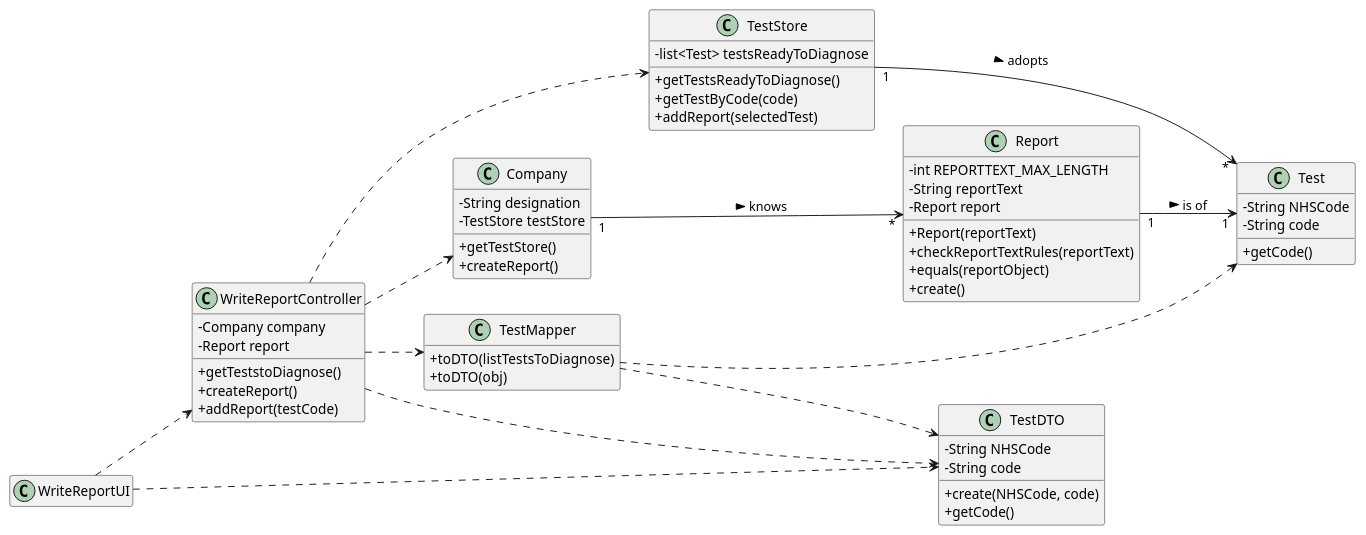
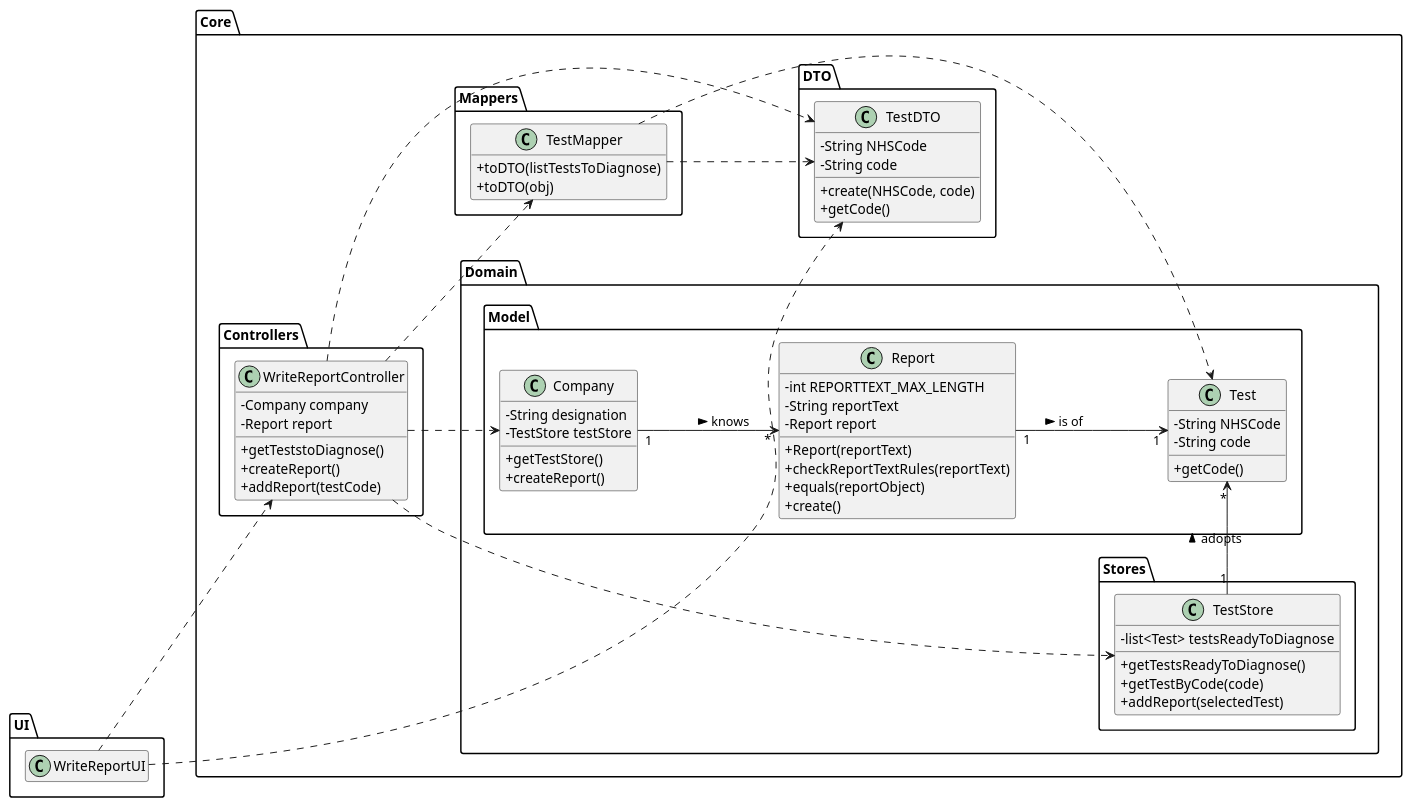
Before and after one commit to ana-albergaria/LAPR2-ISEP: the diagram in docs/SprintC/US_14/US14_CD.puml, drawn with PlantUML. The commit also changed 1 other file, not shown here.

```diff
--- a/docs/SprintC/US_14/US14_CD.puml
+++ b/docs/SprintC/US_14/US14_CD.puml
@@ -1,72 +1,104 @@
 @startuml
 hide empty methods
 hide empty attributes
 left to right direction
 skinparam classAttributeIconSize 0
+
+package Core {
+
+package Domain {
+
+package Model {
+
+class Company {
+    -String designation
+    -TestStore testStore
+    +getTestStore()
+    +createReport()
+}
 
 class Report {
     - int REPORTTEXT_MAX_LENGTH
     - String reportText
     - Report report
     + Report(reportText)
     + checkReportTextRules(reportText)
     + equals(reportObject)
     + create()
 }
 
+class Test {
+    -String NHSCode
+    -String code
+    +getCode()
+}
+
+}
+
+package Stores {
+
 class TestStore {
     -list<Test> testsReadyToDiagnose
     +getTestsReadyToDiagnose()
     +getTestByCode(code)
     +addReport(selectedTest)
 }
 
-class Test {
-    -String NHSCode
-    -String code
-    +getCode()
 }
+
+}
+
+package Mappers {
 
 class TestMapper {
     +toDTO(listTestsToDiagnose)
     +toDTO(obj)
 }
+
+}
+
+package DTO {
 
 class TestDTO {
     -String NHSCode
     -String code
     +create(NHSCode, code)
     +getCode()
 }
 
-class Company {
-    -String designation
-    -TestStore testStore
-    +getTestStore()
-    +createReport()
 }
+
+package Controllers {
 
 class WriteReportController {
     -Company company
     -Report report
     +getTeststoDiagnose()
     +createReport()
     +addReport(testCode)
 }
 
+}
+
+}
+
+package UI {
+
 class WriteReportUI {
+}
+
 }
 
 WriteReportUI ..> WriteReportController
 WriteReportUI ..> TestDTO
 WriteReportController ..> TestMapper
 WriteReportController ..> Company
 WriteReportController ..> TestStore
 WriteReportController ..> TestDTO
 TestStore "1" -> "*" Test : adopts >
 Company "1" --> "*" Report : knows >
 Report "1" --> "1" Test : is of >
 TestMapper ..> Test
 TestMapper ..> TestDTO
 
 @enduml
```
